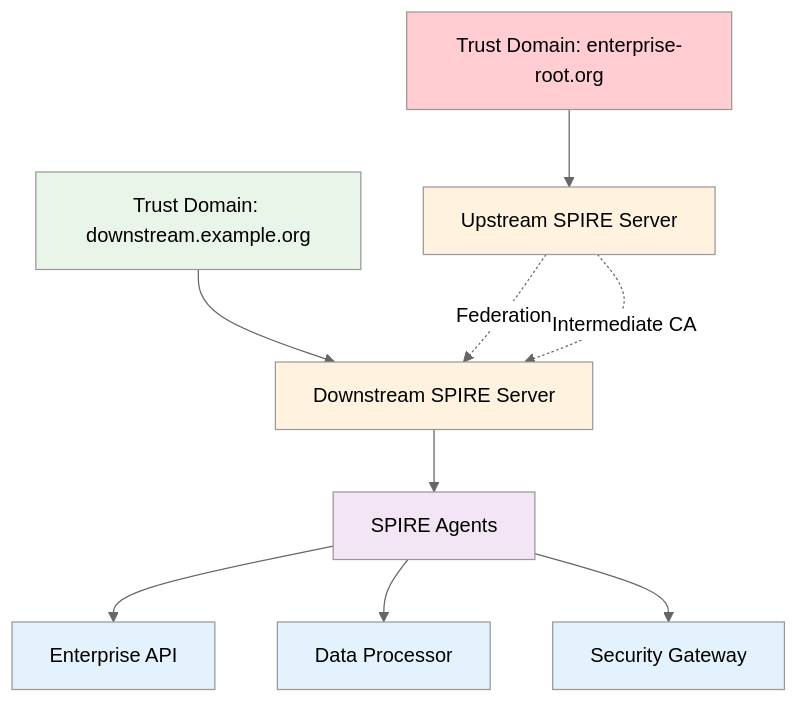
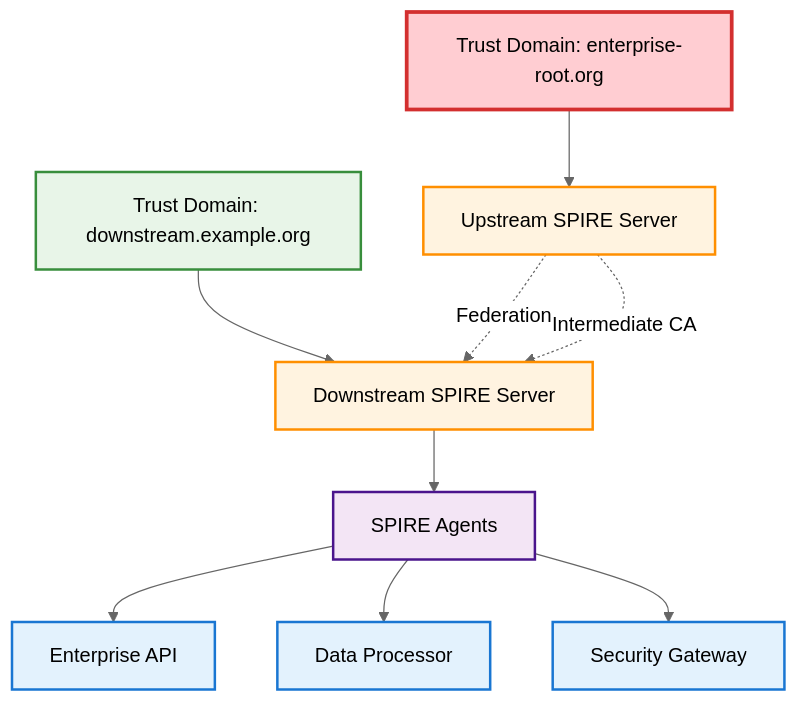
Before and after one commit to jfiser247/spire-dev: the second of 3 diagrams in docs-mkdocs/architecture/overview.md, drawn with Mermaid (neutral theme). The commit also changed other lines of this file and 8 other files, not shown here.

First line of the commit message:
Standardize all diagram formats and fix border alignment issues

````diff
--- a/docs-mkdocs/architecture/overview.md
+++ b/docs-mkdocs/architecture/overview.md
@@ -77,22 +77,22 @@
 ```mermaid
 graph TD
     A[Trust Domain: enterprise-root.org] --> B[Upstream SPIRE Server]
     C[Trust Domain: downstream.example.org] --> D[Downstream SPIRE Server]
     
     B -.->|Federation| D
     B -.->|Intermediate CA| D
     
     D --> E[SPIRE Agents]
     E --> F[Enterprise API]
     E --> G[Data Processor]
     E --> H[Security Gateway]
     
-    style A fill:#ffcdd2
-    style C fill:#e8f5e8
-    style B fill:#fff3e0
-    style D fill:#fff3e0
-    style E fill:#f3e5f5
-    style F fill:#e3f2fd
-    style G fill:#e3f2fd
-    style H fill:#e3f2fd
+    style A fill:#ffcdd2,stroke:#d32f2f,stroke-width:3px
+    style C fill:#e8f5e8,stroke:#388e3c,stroke-width:2px
+    style B fill:#fff3e0,stroke:#ff8f00,stroke-width:2px
+    style D fill:#fff3e0,stroke:#ff8f00,stroke-width:2px
+    style E fill:#f3e5f5,stroke:#4a148c,stroke-width:2px
+    style F fill:#e3f2fd,stroke:#1976d2,stroke-width:2px
+    style G fill:#e3f2fd,stroke:#1976d2,stroke-width:2px
+    style H fill:#e3f2fd,stroke:#1976d2,stroke-width:2px
 ```
````
